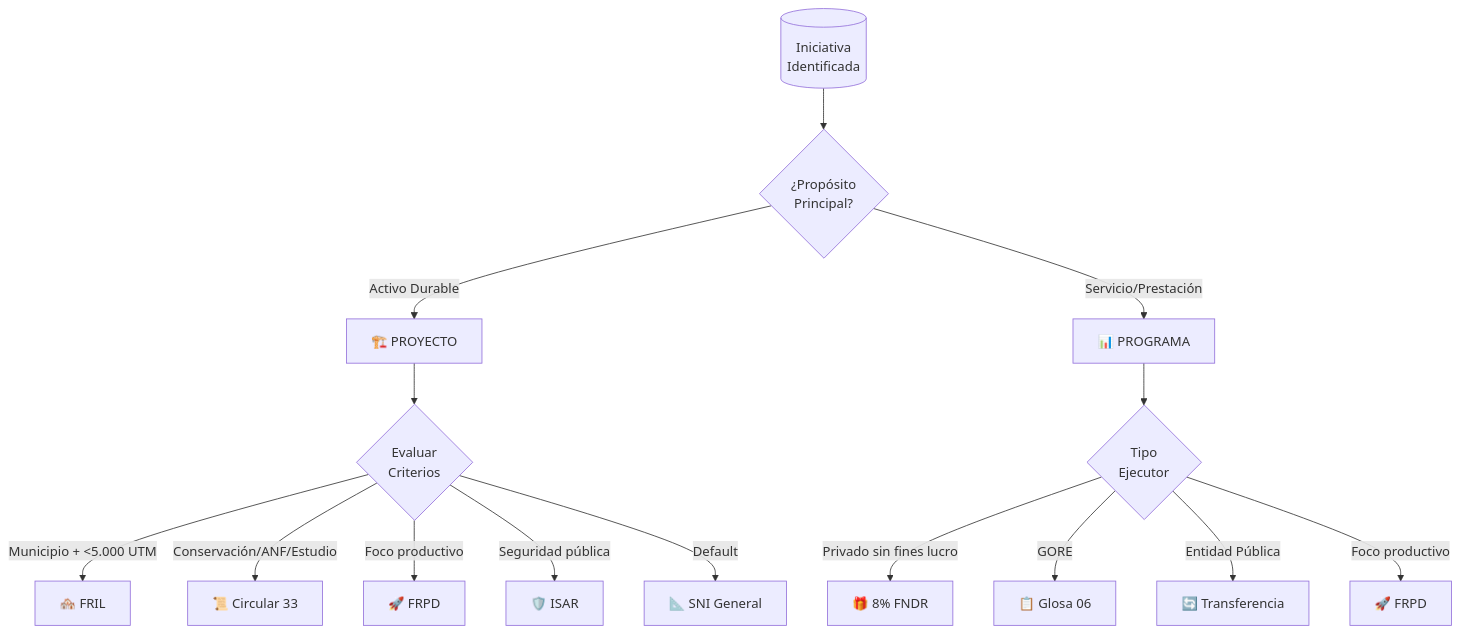
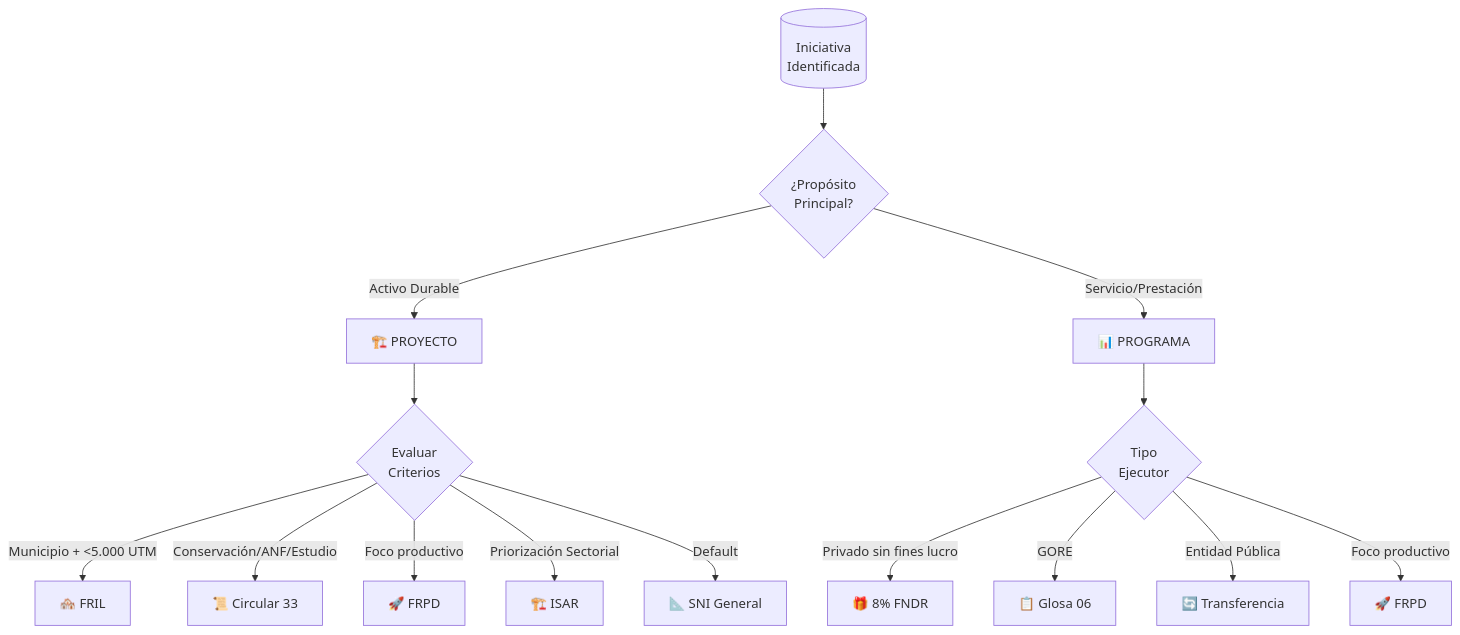
The third of 18 diagrams in docs/blueprint/domains/domain_d-fin.md (felix-antonio-sl/gore_os), drawn with Mermaid before and after one commit. The commit also changed other lines of this file and 26 other files, not shown here.

````diff
--- a/docs/blueprint/domains/domain_d-fin.md
+++ b/docs/blueprint/domains/domain_d-fin.md
@@ -337,20 +423,20 @@
 ```mermaid
 flowchart TD
     A[("Iniciativa<br/>Identificada")] --> B{"¿Propósito<br/>Principal?"}
     
     B -->|"Activo Durable"| C["🏗️ PROYECTO"]
     B -->|"Servicio/Prestación"| D["📊 PROGRAMA"]
     
     C --> E{"Evaluar<br/>Criterios"}
     E -->|"Municipio + <5.000 UTM"| F["🏘️ FRIL"]
     E -->|"Conservación/ANF/Estudio"| G["📜 Circular 33"]
     E -->|"Foco productivo"| H["🚀 FRPD"]
-    E -->|"Seguridad pública"| O["🛡️ ISAR"]
+    E -->|"Priorización Sectorial"| O["🏗️ ISAR"]
     E -->|"Default"| I["📐 SNI General"]
     
     D --> J{"Tipo<br/>Ejecutor"}
     J -->|"Privado sin fines lucro"| K["🎁 8% FNDR"]
     J -->|"GORE"| L["📋 Glosa 06"]
     J -->|"Entidad Pública"| M["🔄 Transferencia"]
     J -->|"Foco productivo"| N["🚀 FRPD"]
 ```
````
